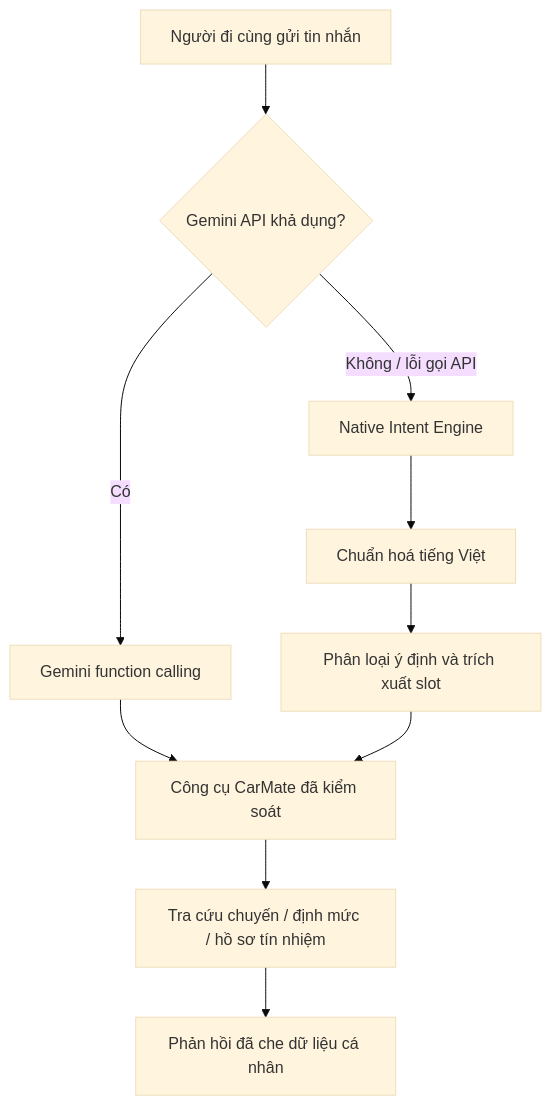
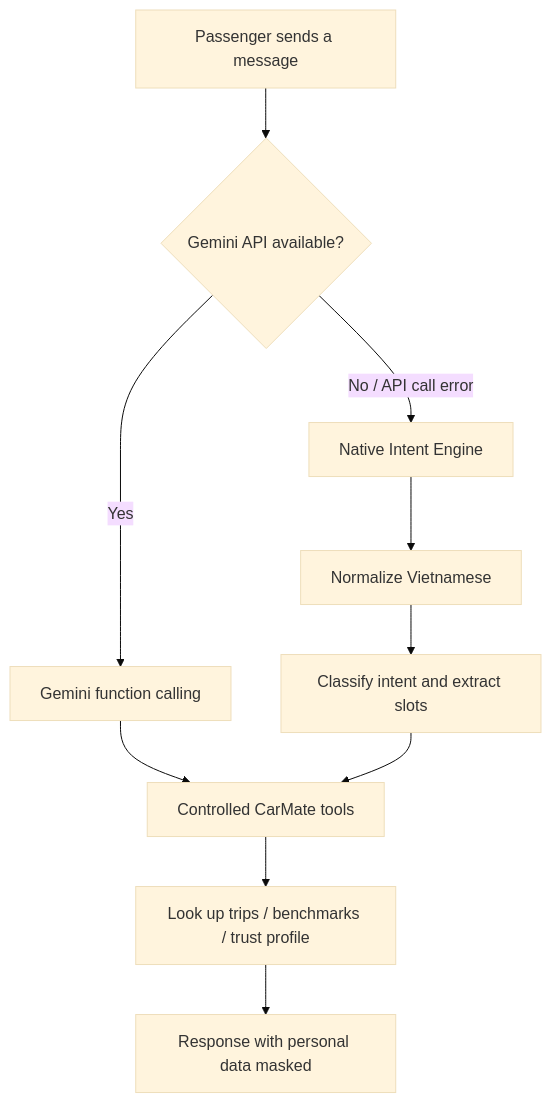
Before and after one commit to brianhuynh2021/carmate: the first of 2 diagrams in docs/NATIVE_INTENT_FLOW.md, drawn with Mermaid (base theme). The commit also changed other lines of this file and 162 other files, not shown here.

````diff
--- a/docs/NATIVE_INTENT_FLOW.md
+++ b/docs/NATIVE_INTENT_FLOW.md
@@ -7,12 +7,12 @@
 ```mermaid
 flowchart TD
-    A[Người đi cùng gửi tin nhắn] --> B{Gemini API khả dụng?}
-    B -->|Có| C[Gemini function calling]
-    B -->|Không / lỗi gọi API| D[Native Intent Engine]
-    C --> E[Công cụ CarMate đã kiểm soát]
-    D --> F[Chuẩn hoá tiếng Việt]
-    F --> G[Phân loại ý định và trích xuất slot]
+    A[Passenger sends a message] --> B{Gemini API available?}
+    B -->|Yes| C[Gemini function calling]
+    B -->|No / API call error| D[Native Intent Engine]
+    C --> E[Controlled CarMate tools]
+    D --> F[Normalize Vietnamese]
+    F --> G[Classify intent and extract slots]
     G --> E
-    E --> H[Tra cứu chuyến / định mức / hồ sơ tín nhiệm]
-    H --> I[Phản hồi đã che dữ liệu cá nhân]
+    E --> H[Look up trips / benchmarks / trust profile]
+    H --> I[Response with personal data masked]
 ```
````
